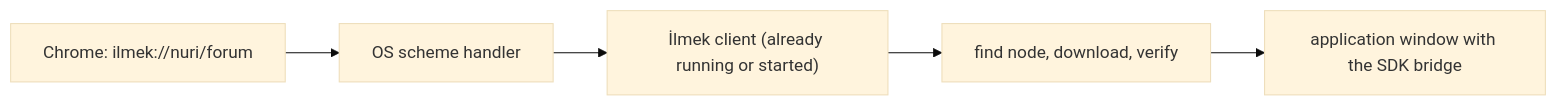
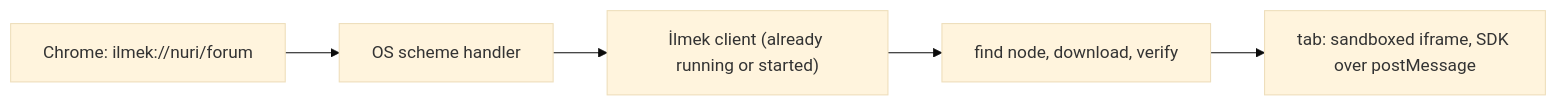
Before and after one commit to nuricanozturk01/project-ilmek: the fourth of 4 diagrams in docs/ARCHITECTURE.md, drawn with Mermaid (base theme). The commit also changed other lines of this file and 75 other files, not shown here.

````diff
--- a/docs/ARCHITECTURE.md
+++ b/docs/ARCHITECTURE.md
@@ -143,7 +143,7 @@
 ```mermaid
 flowchart LR
     C["Chrome: ilmek://nuri/forum"] --> OS["OS scheme handler"]
     OS --> A["İlmek client (already running or started)"]
     A --> N["find node, download, verify"]
-    N --> W["application window with the SDK bridge"]
+    N --> W["tab: sandboxed iframe, SDK over postMessage"]
 ```
````
